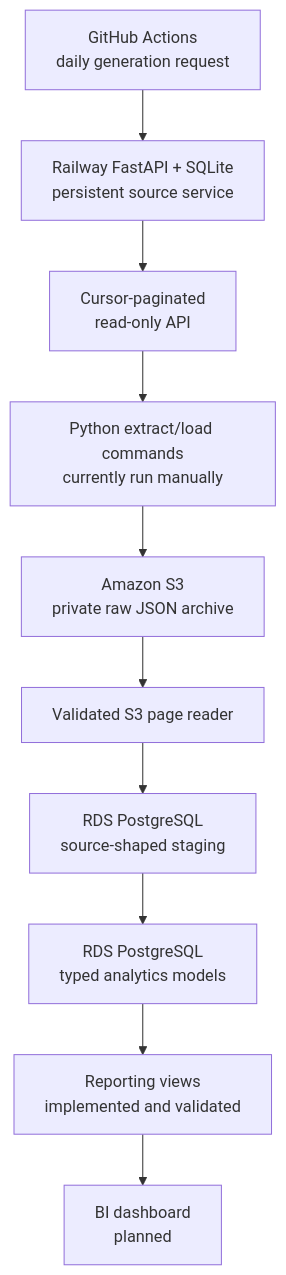
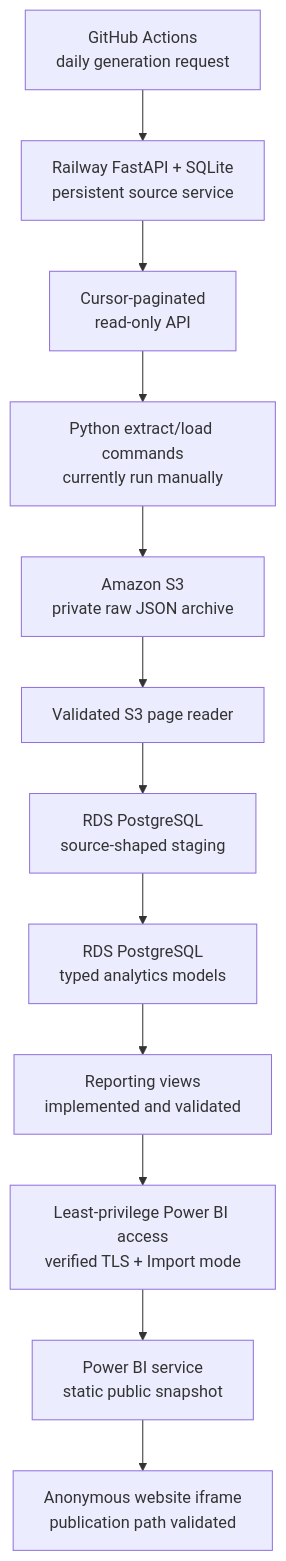
Before and after one commit to datacookbooks/guitar-lessons-marketing-analytics: the diagram in ARCHITECTURE.md, drawn with Mermaid. The commit also changed other lines of this file and 1 other file, not shown here.

Commit message:
Document Power BI publication validation

````diff
--- a/ARCHITECTURE.md
+++ b/ARCHITECTURE.md
@@ -11,12 +11,14 @@
 ```mermaid
 flowchart TD
     A["GitHub Actions<br/>daily generation request"] --> B["Railway FastAPI + SQLite<br/>persistent source service"]
     B --> C["Cursor-paginated<br/>read-only API"]
     C --> D["Python extract/load commands<br/>currently run manually"]
     D --> E["Amazon S3<br/>private raw JSON archive"]
     E --> F["Validated S3 page reader"]
     F --> G["RDS PostgreSQL<br/>source-shaped staging"]
     G --> H["RDS PostgreSQL<br/>typed analytics models"]
     H --> I["Reporting views<br/>implemented and validated"]
-    I --> J["BI dashboard<br/>planned"]
+    I --> J["Least-privilege Power BI access<br/>verified TLS + Import mode"]
+    J --> K["Power BI service<br/>static public snapshot"]
+    K --> L["Anonymous website iframe<br/>publication path validated"]
 ```
````
